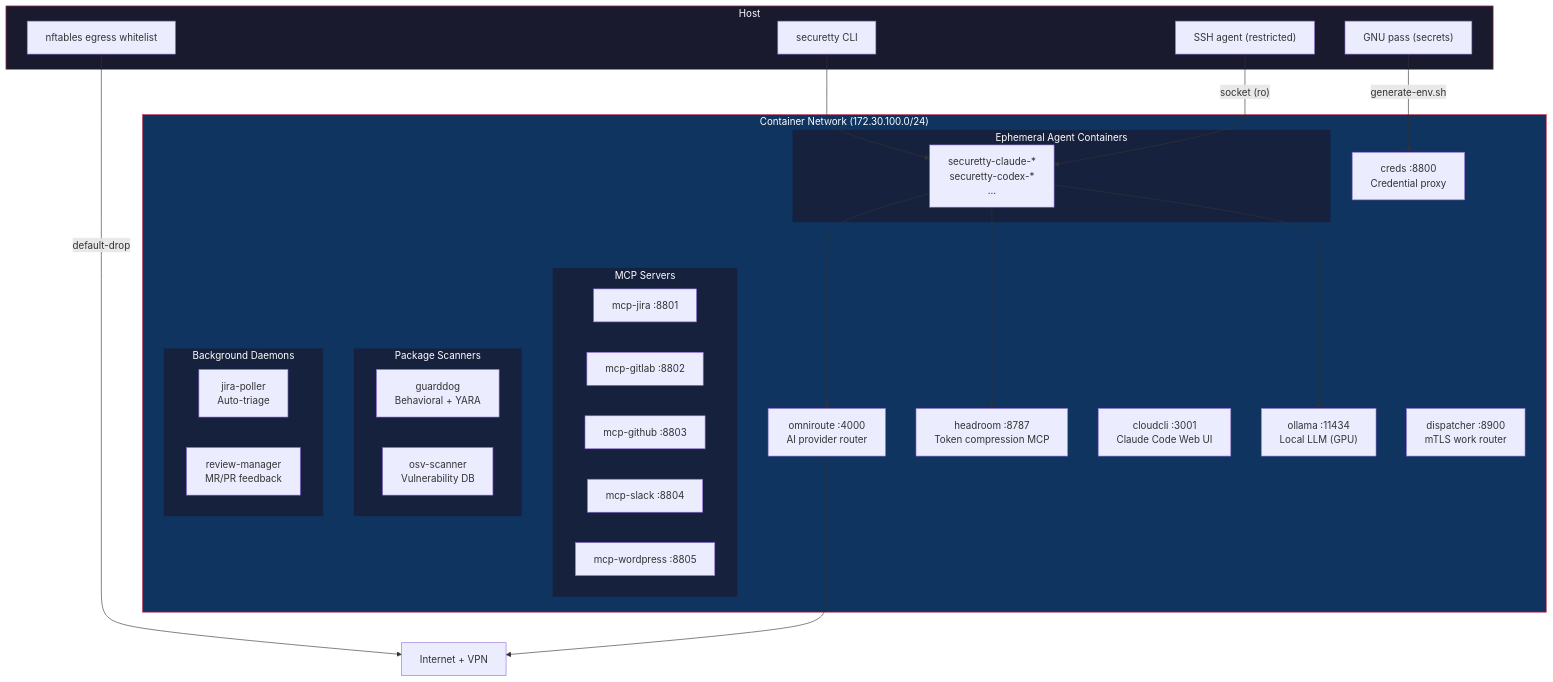
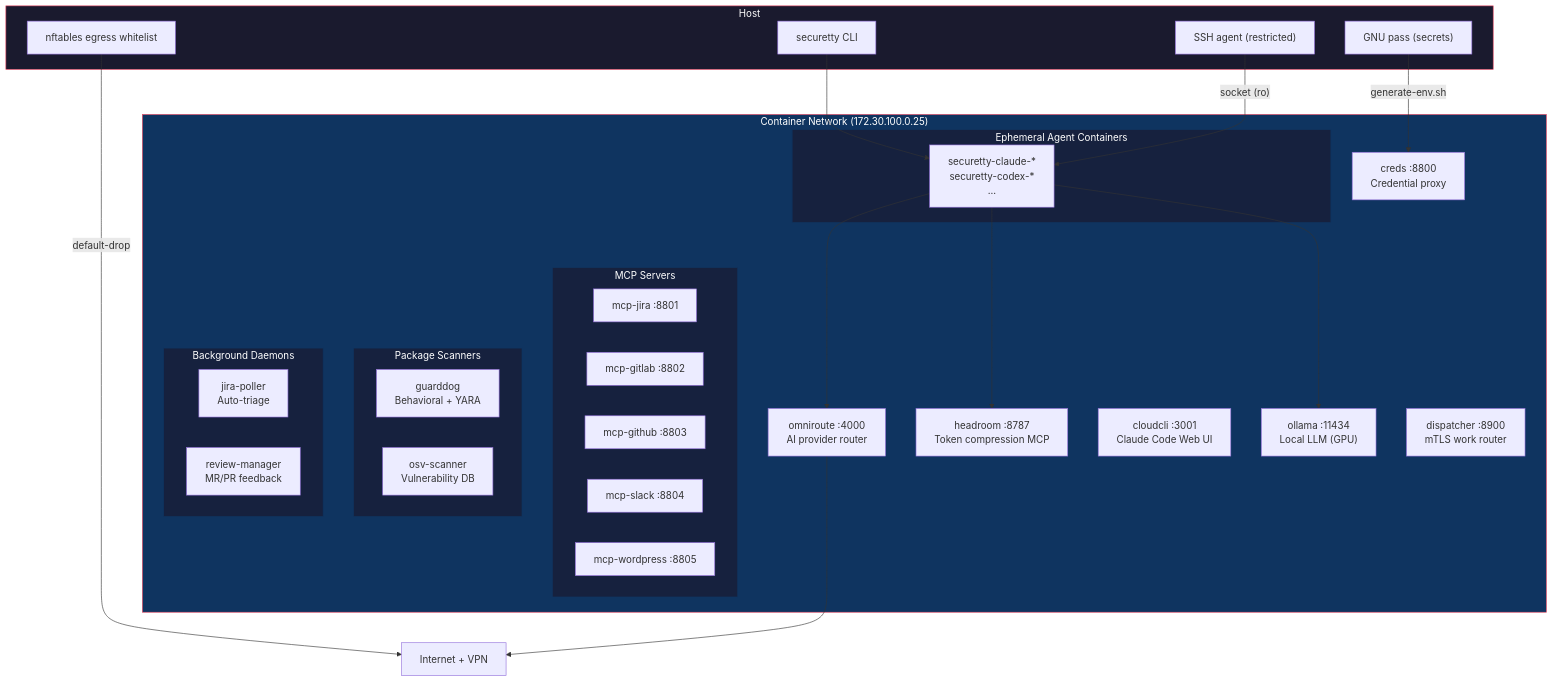
Before and after one commit to dmzoneill/securetty: the first of 2 diagrams in README.md, drawn with Mermaid. The commit also changed 1 other file, not shown here.

Commit message:
chore: bump version

````diff
--- a/README.md
+++ b/README.md
@@ -7,58 +7,58 @@
 ```mermaid
 graph TD
     Internet["Internet + VPN"]
 
     subgraph host["Host"]
         CLI["securetty CLI"]
         SSHAgent["SSH agent (restricted)"]
         Pass["GNU pass (secrets)"]
         Egress["nftables egress whitelist"]
     end
 
-    subgraph network["Container Network (172.30.100.0/24)"]
+    subgraph network["Container Network (172.30.100.0.25)"]
         OmniRoute["omniroute :4000\nAI provider router"]
         Headroom["headroom :8787\nToken compression MCP"]
         CloudCLI["cloudcli :3001\nClaude Code Web UI"]
         Ollama["ollama :11434\nLocal LLM (GPU)"]
         Creds["creds :8800\nCredential proxy"]
         Dispatcher["dispatcher :8900\nmTLS work router"]
 
         subgraph mcp["MCP Servers"]
             Jira["mcp-jira :8801"]
             GitLab["mcp-gitlab :8802"]
             GitHub["mcp-github :8803"]
             Slack["mcp-slack :8804"]
             WordPress["mcp-wordpress :8805"]
         end
 
         subgraph scanners["Package Scanners"]
             GuardDog["guarddog\nBehavioral + YARA"]
             OSV["osv-scanner\nVulnerability DB"]
         end
 
         subgraph agents["Ephemeral Agent Containers"]
             Dev["securetty-claude-*\nsecuretty-codex-*\n..."]
         end
 
         subgraph daemons["Background Daemons"]
             JiraPoller["jira-poller\nAuto-triage"]
             ReviewMgr["review-manager\nMR/PR feedback"]
         end
     end
 
     CLI --> Dev
     Pass -->|"generate-env.sh"| Creds
     SSHAgent -->|"socket (ro)"| Dev
     Egress -->|"default-drop"| Internet
     Dev --> OmniRoute
     Dev --> Headroom
     Dev --> Ollama
     OmniRoute --> Internet
 
     style network fill:#0f3460,stroke:#e94560,color:#fff
     style host fill:#1a1a2e,stroke:#e94560,color:#fff
     style mcp fill:#16213e,stroke:#0f3460,color:#fff
     style scanners fill:#16213e,stroke:#0f3460,color:#fff
     style agents fill:#16213e,stroke:#0f3460,color:#fff
     style daemons fill:#16213e,stroke:#0f3460,color:#fff
 ```
````
